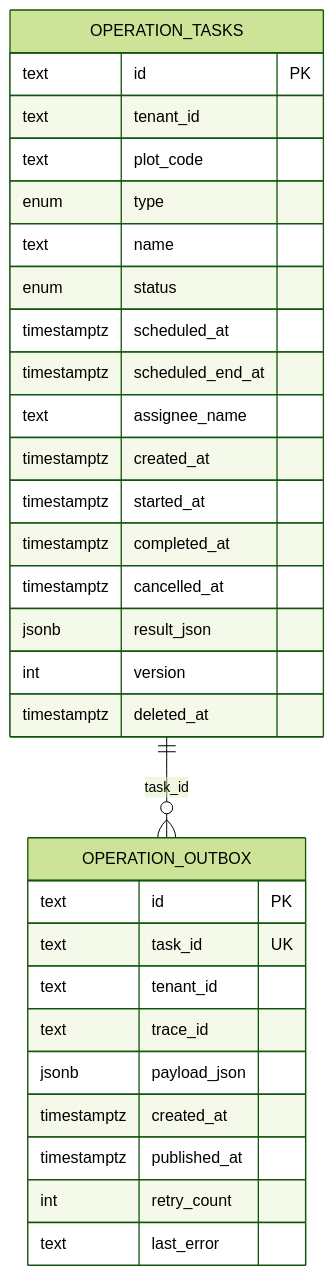
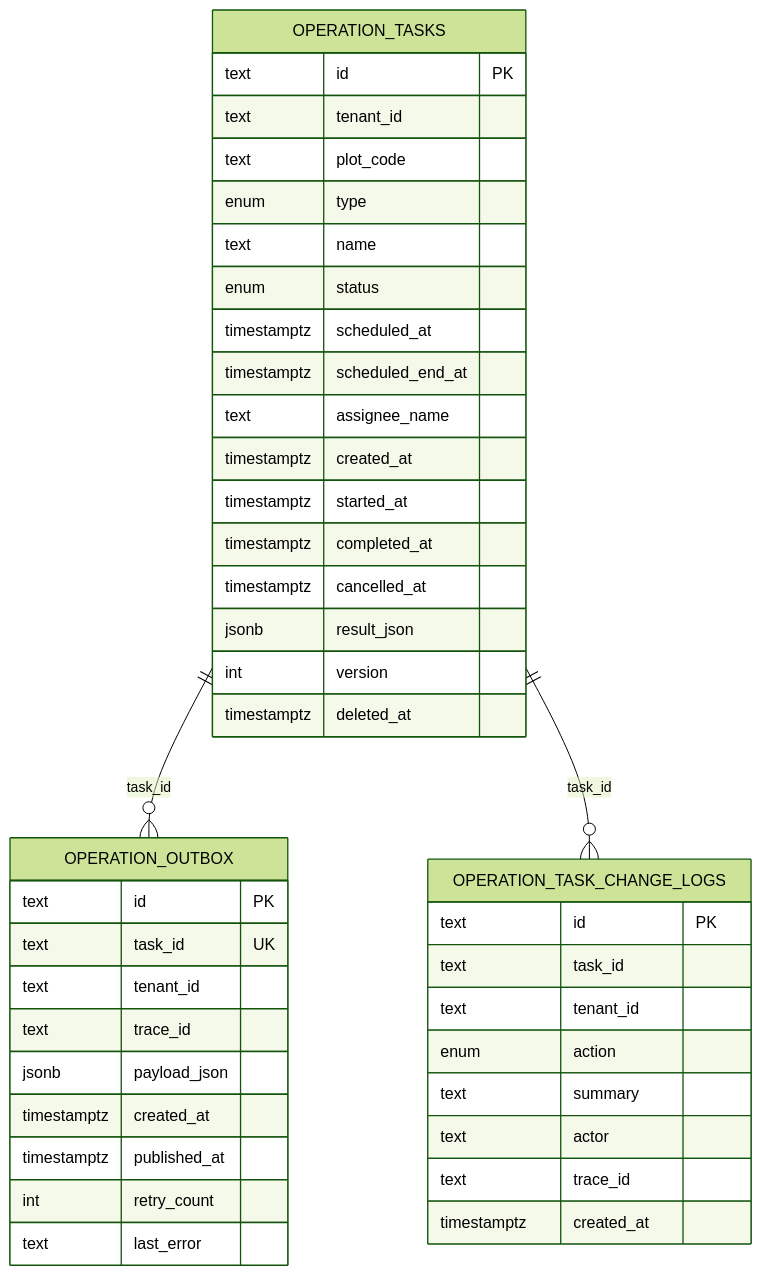
The tenth of 10 diagrams in .qoder/repowiki/zh/content/核心服务文档/作业服务.md (q446328246/agri-platform), drawn with Mermaid (forest theme) before and after one commit. The commit also changed other lines of this file and 38 other files, not shown here.

````diff
--- a/.qoder/repowiki/zh/content/核心服务文档/作业服务.md
+++ b/.qoder/repowiki/zh/content/核心服务文档/作业服务.md
@@ -467,33 +546,44 @@
 ```mermaid
 erDiagram
 OPERATION_TASKS {
 text id PK
 text tenant_id
 text plot_code
 enum type
 text name
 enum status
 timestamptz scheduled_at
 timestamptz scheduled_end_at
 text assignee_name
 timestamptz created_at
 timestamptz started_at
 timestamptz completed_at
 timestamptz cancelled_at
 jsonb result_json
 int version
 timestamptz deleted_at
 }
 OPERATION_OUTBOX {
 text id PK
 text task_id UK
 text tenant_id
 text trace_id
 jsonb payload_json
 timestamptz created_at
 timestamptz published_at
 int retry_count
 text last_error
 }
+OPERATION_TASK_CHANGE_LOGS {
+text id PK
+text task_id
+text tenant_id
+enum action
+text summary
+text actor
+text trace_id
+timestamptz created_at
+}
 OPERATION_TASKS ||--o{ OPERATION_OUTBOX : "task_id"
+OPERATION_TASKS ||--o{ OPERATION_TASK_CHANGE_LOGS : "task_id"
 ```
````
